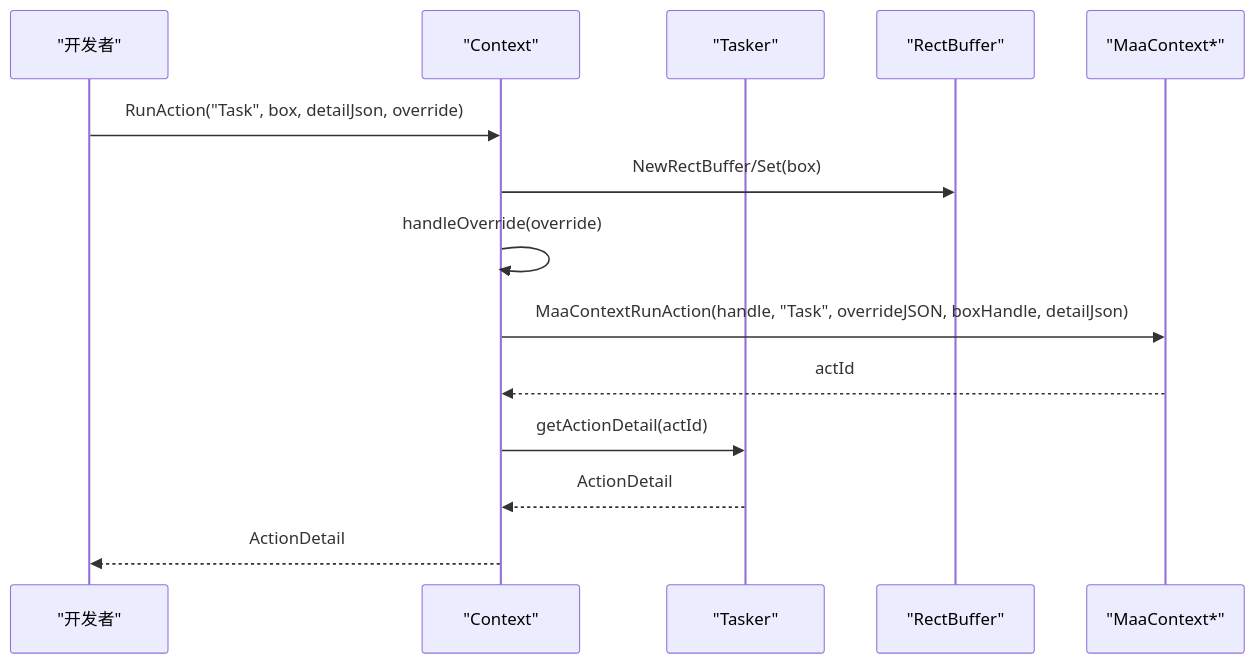
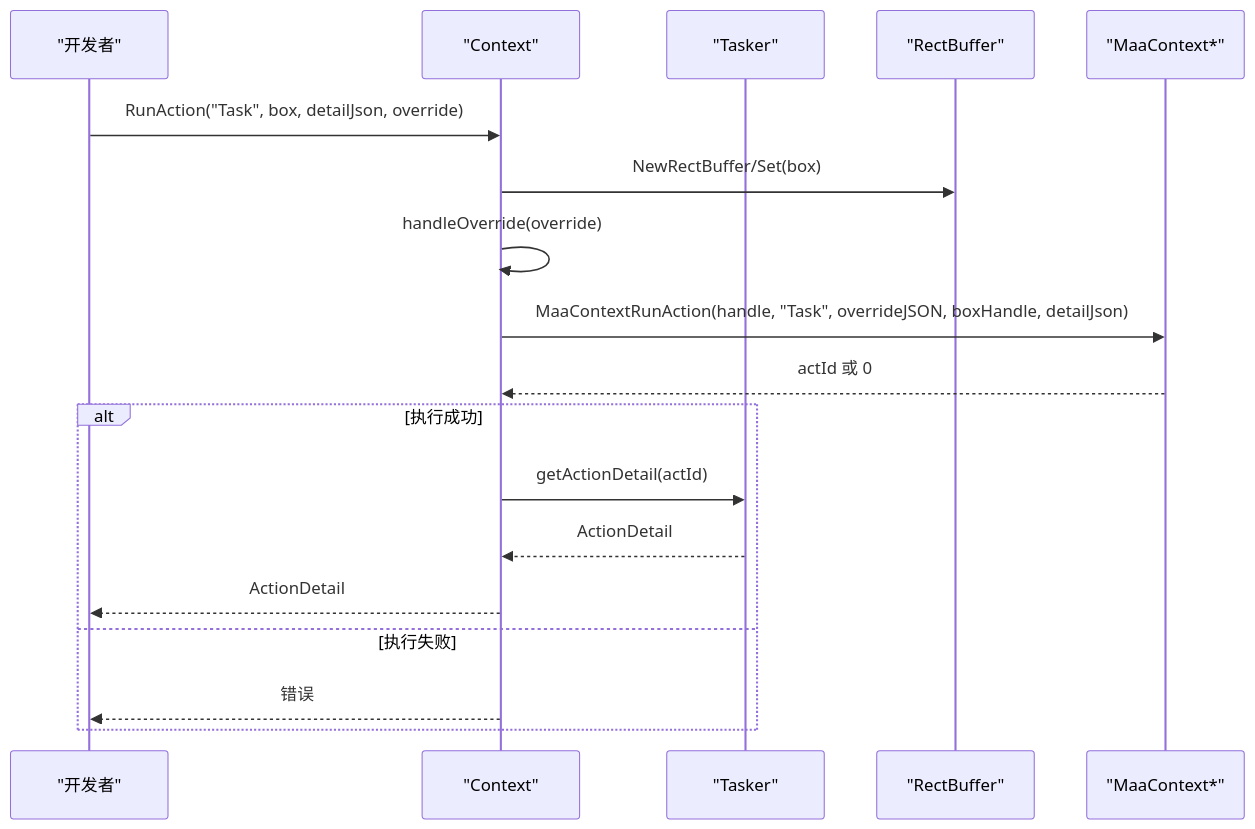
Before and after one commit to kqcoxn/MaaPipelineEditor: the fifth of 7 diagrams in instructions/maafw-golang-binding/API参考/执行上下文.md, drawn with Mermaid. The commit also changed other lines of this file and 10 other files, not shown here.

````diff
--- a/instructions/maafw-golang-binding/API参考/执行上下文.md
+++ b/instructions/maafw-golang-binding/API参考/执行上下文.md
@@ -426,16 +542,20 @@
 ```mermaid
 sequenceDiagram
 participant Dev as "开发者"
 participant Ctx as "Context"
 participant Tsk as "Tasker"
 participant R as "RectBuffer"
 participant N as "MaaContext*"
 Dev->>Ctx : RunAction("Task", box, detailJson, override)
 Ctx->>R : NewRectBuffer/Set(box)
 Ctx->>Ctx : handleOverride(override)
 Ctx->>N : MaaContextRunAction(handle, "Task", overrideJSON, boxHandle, detailJson)
-N-->>Ctx : actId
+N-->>Ctx : actId 或 0
+alt 执行成功
 Ctx->>Tsk : getActionDetail(actId)
 Tsk-->>Ctx : ActionDetail
 Ctx-->>Dev : ActionDetail
+else 执行失败
+Ctx-->>Dev : 错误
+end
 ```
````
